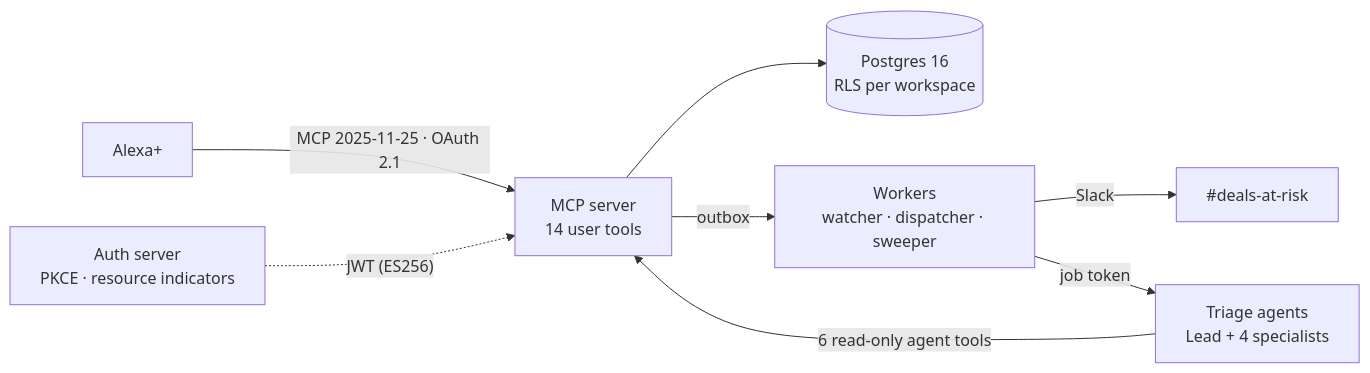
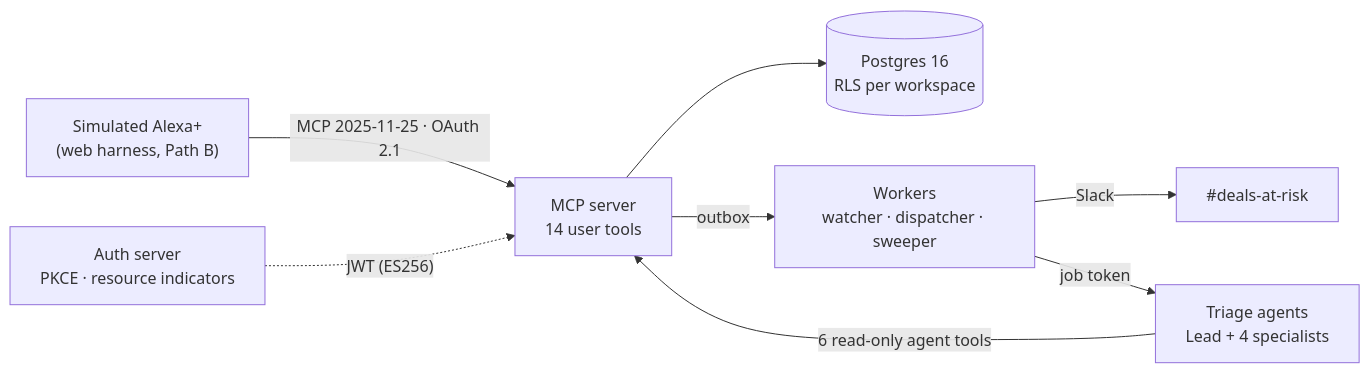
The diagram in README.md (BugHunterX2101/watchfloor), drawn with Mermaid before and after one commit.

Commit message:
README diagram: the MCP client is the simulated Alexa+ harness (Path B)

````diff
--- a/README.md
+++ b/README.md
@@ -22,10 +22,10 @@
 ```mermaid
 flowchart LR
-  A["Alexa+"] -->|"MCP 2025-11-25 · OAuth 2.1"| M["MCP server<br/>14 user tools"]
+  A["Simulated Alexa+<br/>(web harness, Path B)"] -->|"MCP 2025-11-25 · OAuth 2.1"| M["MCP server<br/>14 user tools"]
   M --> P[("Postgres 16<br/>RLS per workspace")]
   M -->|"outbox"| W["Workers<br/>watcher · dispatcher · sweeper"]
   W -->|"Slack"| S["#deals-at-risk"]
   W -->|"job token"| G["Triage agents<br/>Lead + 4 specialists"]
   G -->|"6 read-only agent tools"| M
   AS["Auth server<br/>PKCE · resource indicators"] -.->|"JWT (ES256)"| M
 ```
````
